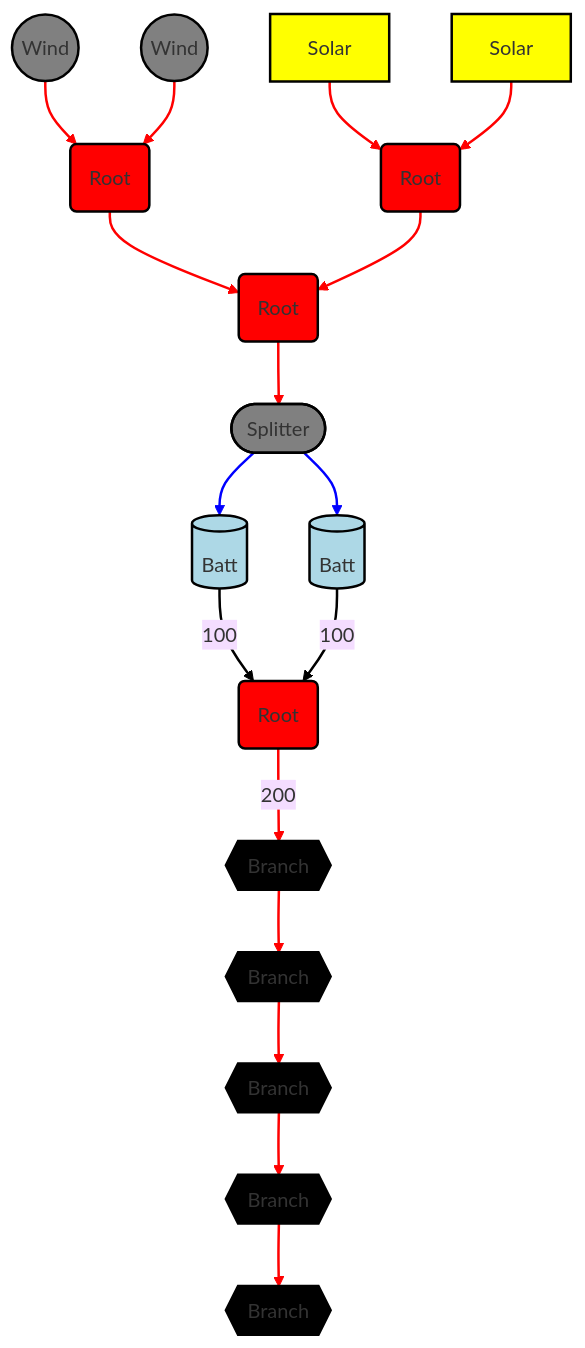
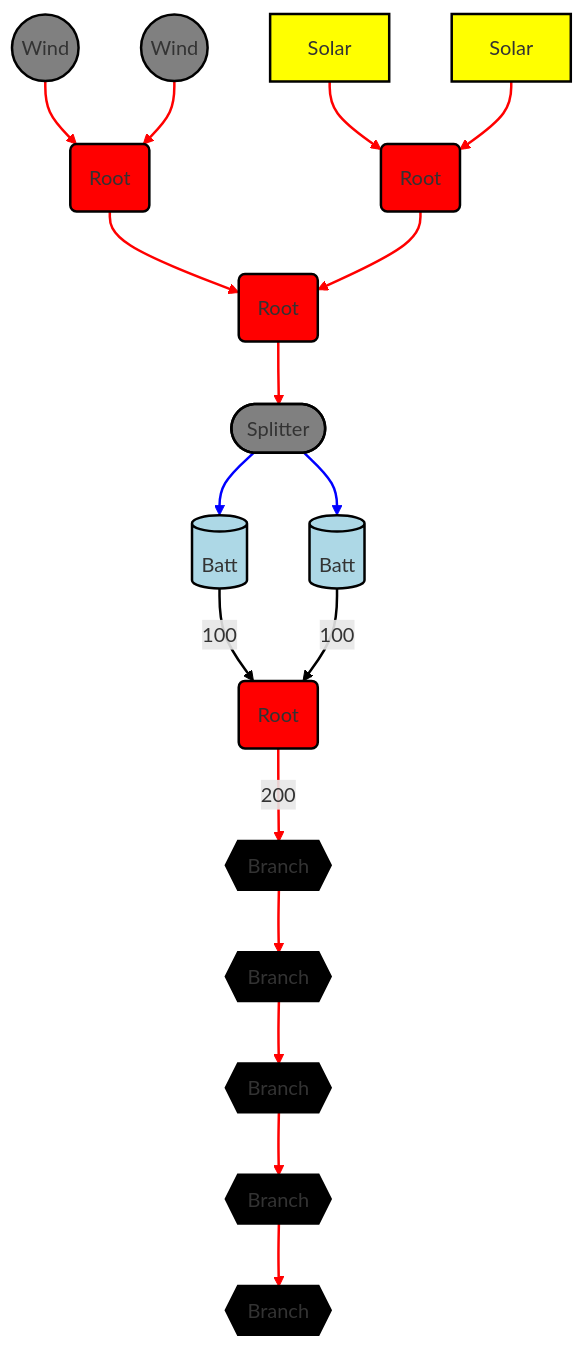
One commit to ZareMate/rust-logistics changed the diagram in power-example.md. Above: the diagram before and after it, drawn with Mermaid.

````diff
--- a/power-example.md
+++ b/power-example.md
@@ -1,59 +1,58 @@
 ```mermaid
-  %%{init: {'theme':'base'}}%%
   graph TD;
     %% Class Definitions
     classDef root fill:#ff0000,stroke:#000,stroke-width:2,color:#fff; %% Red background, white text
     classDef branch fill:#000000,stroke:#000,stroke-width:2,color:#fff; %% Black background, white text
     classDef wind fill:gray,stroke:#000,stroke-width:2,color:#fff; %% Grey background, white text circle
     classDef solar fill:yellow,stroke:#000,stroke-width:2,color:#000; %% Yellow background, black text
     classDef batt fill:#add8e6,stroke:#000,stroke-width:2,color:#000; %% Light blue background, black text
     classDef splitter fill:gray,stroke:#000,stroke-width:2,color:#000; %% Light grey background, black text
   
     Wind1((Wind))
     Wind2((Wind))
     Solar1[Solar]
     Solar2[Solar]
     Root1(Root)
     Root2(Root)
     Root3(Root)
     Root4(Root)
     Splitter1([Splitter])
     Batt1[(Batt)]
     Batt2[(Batt)]
     Branch1{{Branch}}
     Branch2{{Branch}}
     Branch3{{Branch}}
     Branch4{{Branch}}
     Branch5{{Branch}}
 
     %% Graph Nodes
     Wind1 -->| | Root1;
     Wind2 -->| | Root1;
     Solar1 -->| | Root2;
     Solar2 -->| | Root2;
     Root1 -->| | Root3;
     Root2 -->| | Root3;
     Root3 -->| | Splitter1;
     Splitter1 -->| | Batt1;
     Splitter1 -->| | Batt2;
     Batt1 -->|100| Root4;
     Batt2 -->|100| Root4;
     Root4 -->|200| Branch1;
     Branch1 --> Branch2;
     Branch2 --> Branch3;
     Branch3 --> Branch4;
     Branch4 --> Branch5;
 
     %% Link Styles
     linkStyle 0,1,2,3,4,5,6,11,12,13,14,15 stroke:red,stroke-width:2;
     linkStyle 7,8 stroke:blue,stroke-width:2;
     linkStyle 9,10 stroke:black,stroke-width:2;
 
     %% Class Assignments
     class Root1,Root2,Root3,Root4 root;
     class Branch1,Branch2,Branch3,Branch4,Branch5 branch;
     class Wind1,Wind2 wind;
     class Solar1,Solar2 solar;
     class Batt1,Batt2 batt;
     class Splitter1 splitter;
 ```
````
